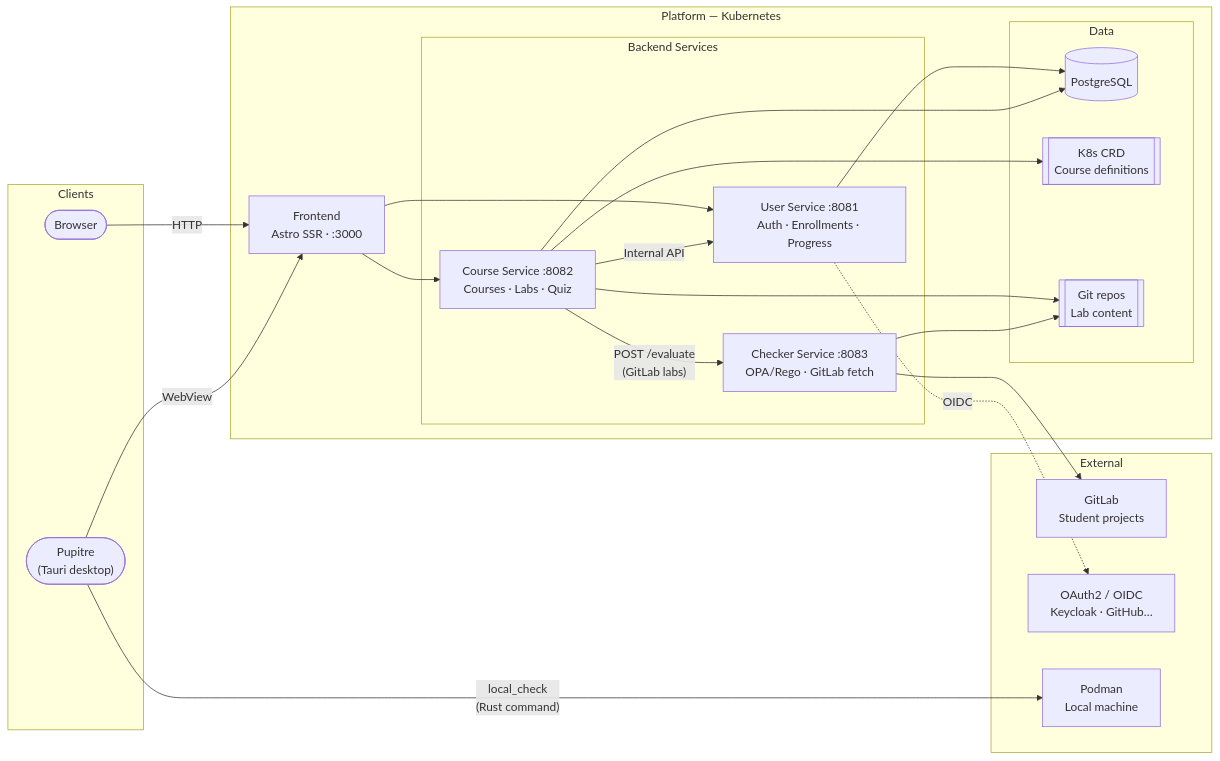
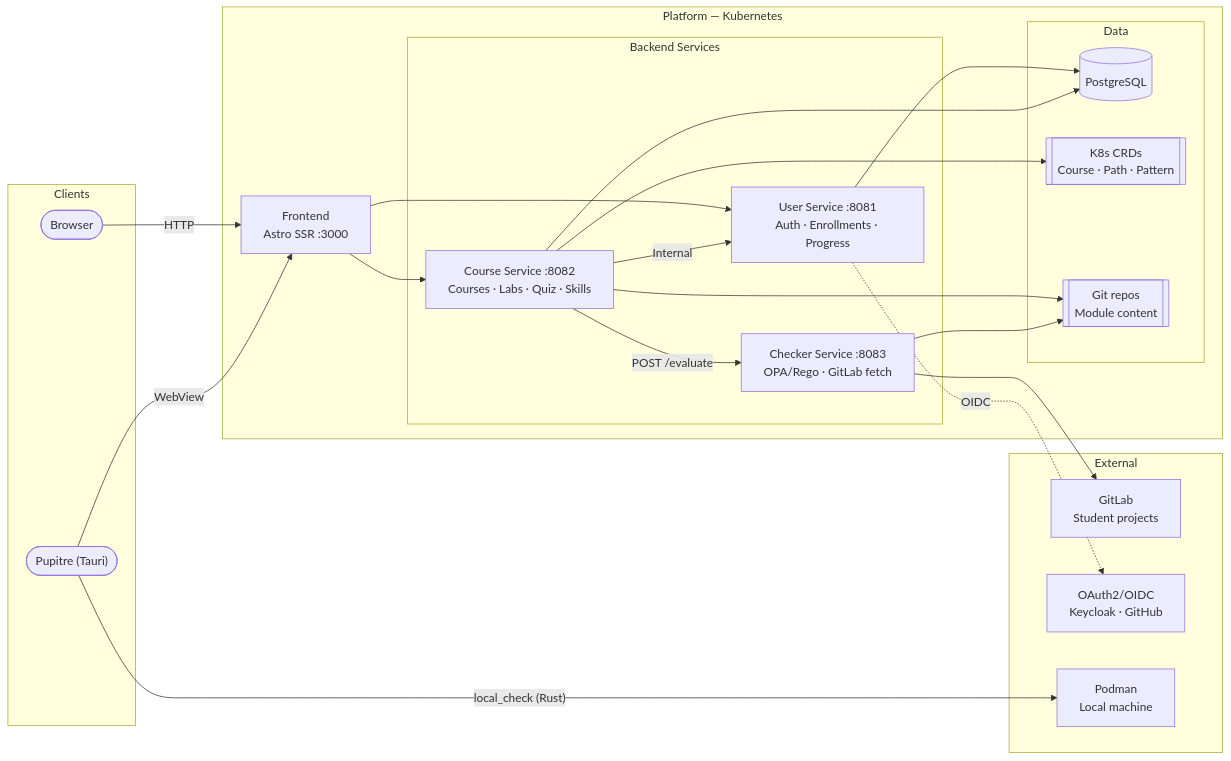
The diagram in README.md (Towarmat83/ELearningPlatform), drawn with Mermaid before and after one commit. The commit also changed other lines of this file and 4 other files, not shown here.

First line of the commit message:
fix(frontend): lock inaccessible lesson/quiz pages and fix skill navigation

````diff
--- a/README.md
+++ b/README.md
@@ -7,47 +63,40 @@
 ```mermaid
 graph LR
-    subgraph Clients["Clients"]
+    subgraph Clients
         Browser(["Browser"])
-        Pupitre(["Pupitre\n(Tauri desktop)"])
+        Pupitre(["Pupitre (Tauri)"])
     end
-
     subgraph Platform["Platform — Kubernetes"]
-        Frontend["Frontend\nAstro SSR · :3000"]
-
+        Frontend["Frontend\nAstro SSR :3000"]
         subgraph Services["Backend Services"]
-            UserService["User Service :8081\nAuth · Enrollments · Progress"]
-            CourseService["Course Service :8082\nCourses · Labs · Quiz"]
-            CheckerService["Checker Service :8083\nOPA/Rego · GitLab fetch"]
+            US["User Service :8081\nAuth · Enrollments · Progress"]
+            CS["Course Service :8082\nCourses · Labs · Quiz · Skills"]
+            CK["Checker Service :8083\nOPA/Rego · GitLab fetch"]
         end
-
-        subgraph Data["Data"]
-            PostgreSQL[("PostgreSQL")]
-            K8sCRD[["K8s CRD\nCourse definitions"]]
-            GitRepos[["Git repos\nLab content"]]
+        subgraph Data
+            PG[("PostgreSQL")]
+            CRD[["K8s CRDs\nCourse · Path · Pattern"]]
+            Git[["Git repos\nModule content"]]
         end
     end
-
-    subgraph External["External"]
+    subgraph External
         GitLab["GitLab\nStudent projects"]
-        OAuth["OAuth2 / OIDC\nKeycloak · GitHub…"]
+        OAuth["OAuth2/OIDC\nKeycloak · GitHub"]
         Podman["Podman\nLocal machine"]
     end
 
     Browser -->|HTTP| Frontend
     Pupitre -->|WebView| Frontend
-    Pupitre -->|"local_check\n(Rust command)"| Podman
-
-    Frontend --> UserService
-    Frontend --> CourseService
-
-    CourseService -->|Internal API| UserService
-    CourseService -->|"POST /evaluate\n(GitLab labs)"| CheckerService
-
-    UserService --> PostgreSQL
-    CourseService --> PostgreSQL
-    CourseService --> K8sCRD
-    CourseService --> GitRepos
-    CheckerService --> GitRepos
-    CheckerService --> GitLab
-    UserService -.->|OIDC| OAuth
+    Pupitre -->|"local_check (Rust)"| Podman
+    Frontend --> US
+    Frontend --> CS
+    CS -->|Internal| US
+    CS -->|"POST /evaluate"| CK
+    US --> PG
+    CS --> PG
+    CS --> CRD
+    CS --> Git
+    CK --> Git
+    CK --> GitLab
+    US -.->|OIDC| OAuth
 ```
````
